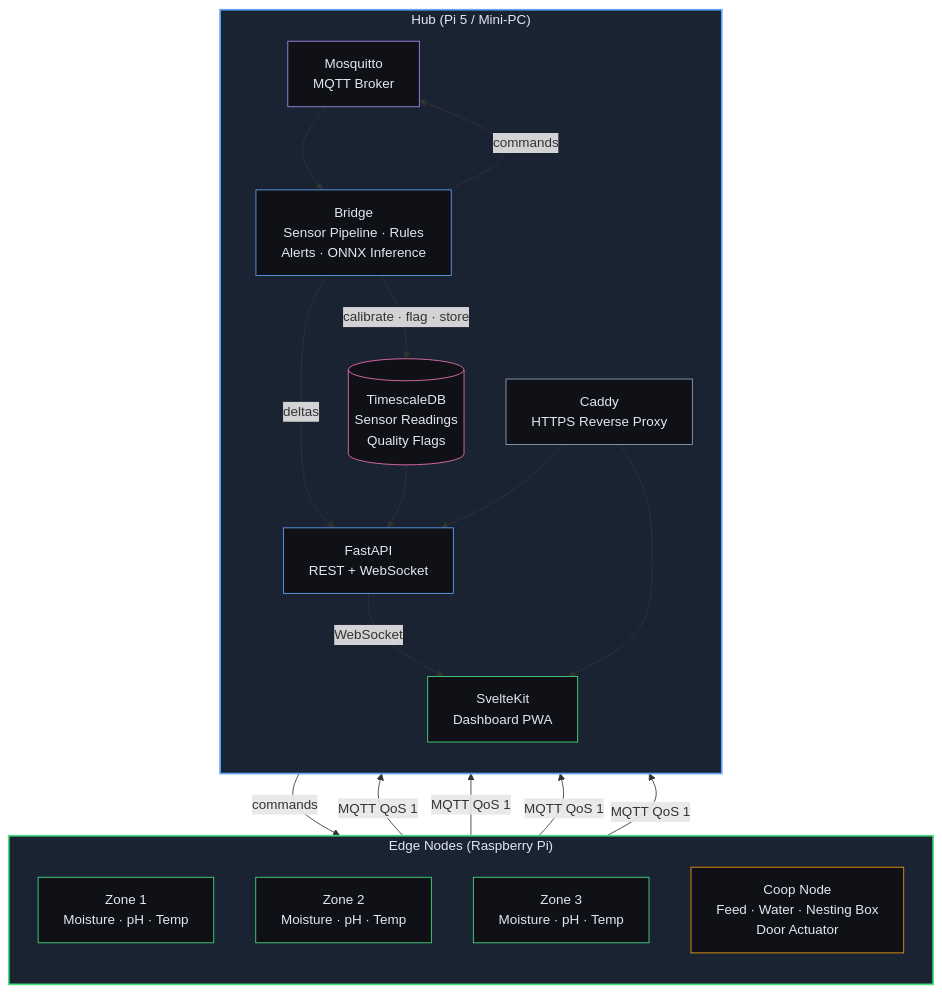
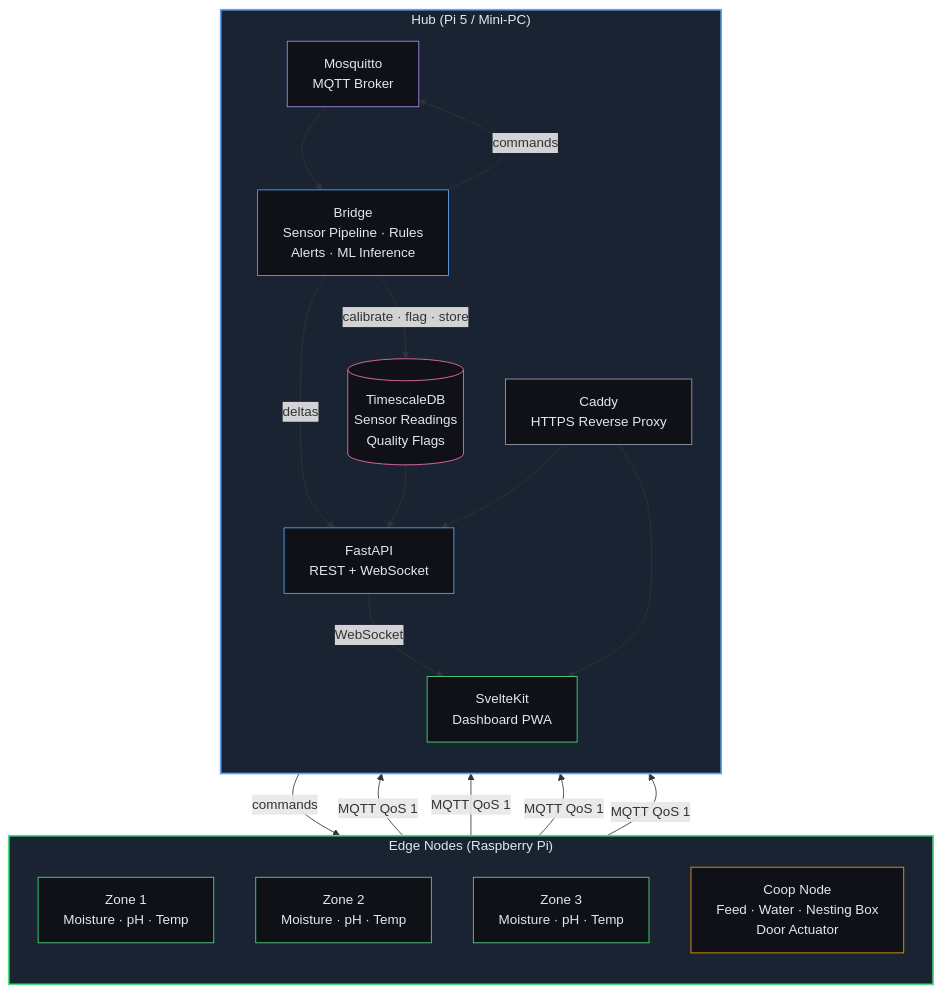
Before and after one commit to synaesthetik/backyard-farm: the first of 4 diagrams in README.md, drawn with Mermaid. The commit also changed other lines of this file, not shown here.

````diff
--- a/README.md
+++ b/README.md
@@ -11,49 +11,49 @@
 ```mermaid
 graph TB
     subgraph EDGE["Edge Nodes (Raspberry Pi)"]
         direction TB
         Z1["Zone 1<br/>Moisture · pH · Temp"]
         Z2["Zone 2<br/>Moisture · pH · Temp"]
         Z3["Zone 3<br/>Moisture · pH · Temp"]
         COOP["Coop Node<br/>Feed · Water · Nesting Box<br/>Door Actuator"]
     end
 
     subgraph HUB["Hub (Pi 5 / Mini-PC)"]
         direction TB
         MQTT["Mosquitto<br/>MQTT Broker"]
-        BRIDGE["Bridge<br/>Sensor Pipeline · Rules<br/>Alerts · ONNX Inference"]
+        BRIDGE["Bridge<br/>Sensor Pipeline · Rules<br/>Alerts · ML Inference"]
         DB[("TimescaleDB<br/>Sensor Readings<br/>Quality Flags")]
         API["FastAPI<br/>REST + WebSocket"]
         DASH["SvelteKit<br/>Dashboard PWA"]
         CADDY["Caddy<br/>HTTPS Reverse Proxy"]
     end
 
     Z1 -->|MQTT QoS 1| MQTT
     Z2 -->|MQTT QoS 1| MQTT
     Z3 -->|MQTT QoS 1| MQTT
     COOP -->|MQTT QoS 1| MQTT
 
     MQTT --> BRIDGE
     BRIDGE -->|calibrate · flag · store| DB
     BRIDGE -->|deltas| API
     API -->|WebSocket| DASH
     DB --> API
     CADDY --> API
     CADDY --> DASH
 
     BRIDGE -->|commands| MQTT
     MQTT -->|commands| COOP
 
     style EDGE fill:#1a2332,stroke:#4ade80,stroke-width:2px,color:#e2e8f0
     style HUB fill:#1a2332,stroke:#60a5fa,stroke-width:2px,color:#e2e8f0
     style Z1 fill:#0f1117,stroke:#4ade80,color:#e2e8f0
     style Z2 fill:#0f1117,stroke:#4ade80,color:#e2e8f0
     style Z3 fill:#0f1117,stroke:#4ade80,color:#e2e8f0
     style COOP fill:#0f1117,stroke:#f59e0b,color:#e2e8f0
     style MQTT fill:#0f1117,stroke:#a78bfa,color:#e2e8f0
     style BRIDGE fill:#0f1117,stroke:#60a5fa,color:#e2e8f0
     style DB fill:#0f1117,stroke:#f472b6,color:#e2e8f0
     style API fill:#0f1117,stroke:#60a5fa,color:#e2e8f0
     style DASH fill:#0f1117,stroke:#4ade80,color:#e2e8f0
     style CADDY fill:#0f1117,stroke:#94a3b8,color:#e2e8f0
 ```
````
